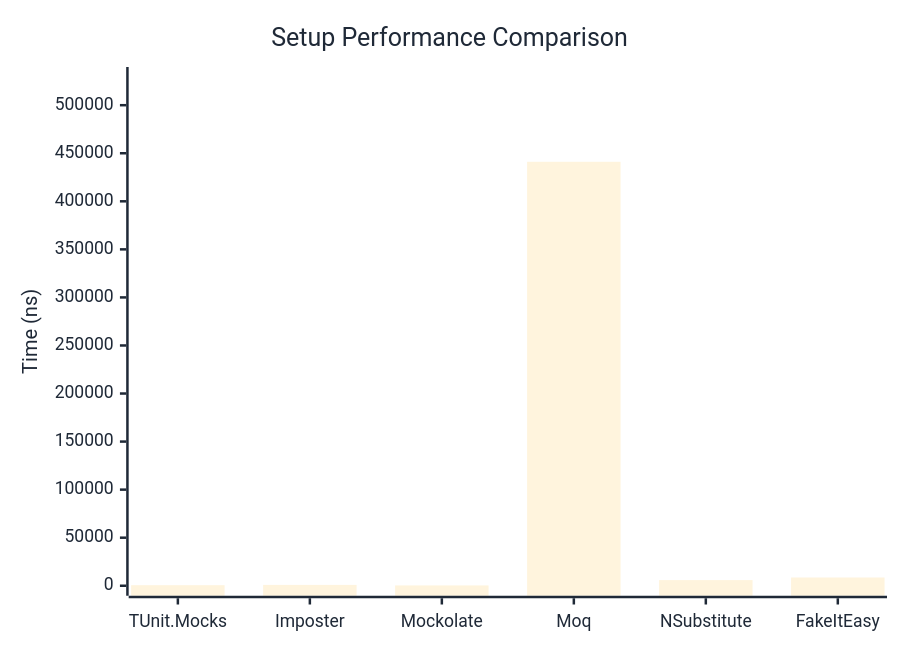
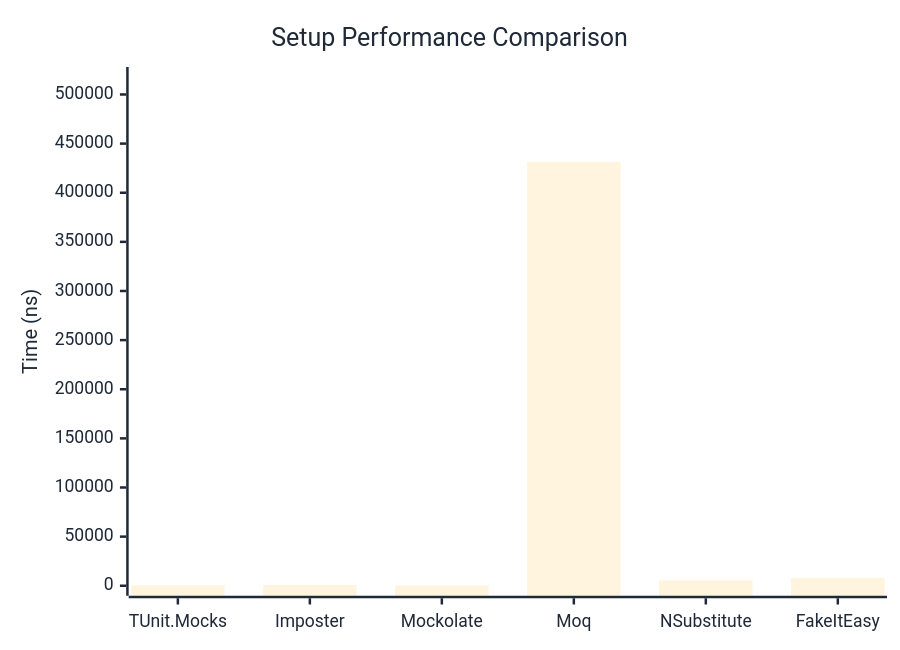
One commit to thomhurst/TUnit changed the first of 2 diagrams in docs/docs/benchmarks/mocks/Setup.md. Above: the diagram before and after it, drawn with Mermaid. The commit also changed other lines of this file and 14 other files, not shown here.

````diff
--- a/docs/docs/benchmarks/mocks/Setup.md
+++ b/docs/docs/benchmarks/mocks/Setup.md
@@ -30,27 +30,27 @@
 ```mermaid
 %%{init: {
   'theme':'base',
   'themeVariables': {
     'primaryColor': '#2563eb',
     'primaryTextColor': '#1f2937',
     'primaryBorderColor': '#1e40af',
     'lineColor': '#6b7280',
     'secondaryColor': '#7c3aed',
     'tertiaryColor': '#dc2626',
     'background': '#ffffff',
     'pie1': '#2563eb',
     'pie2': '#7c3aed',
     'pie3': '#dc2626',
     'pie4': '#f59e0b',
     'pie5': '#10b981',
     'pie6': '#06b6d4',
     'pie7': '#ec4899',
     'pie8': '#6366f1'
   }
 }}%%
 xychart-beta
   title "Setup Performance Comparison"
   x-axis ["TUnit.Mocks", "Imposter", "Mockolate", "Moq", "NSubstitute", "FakeItEasy"]
-  y-axis "Time (ns)" 0 --> 529335
-  bar [567.8, 887, 340.3, 441111.8, 5866.6, 8591.2]
+  y-axis "Time (ns)" 0 --> 517792
+  bar [511.6, 816.5, 311.3, 431492.8, 5484, 8085.3]
 ```
````
